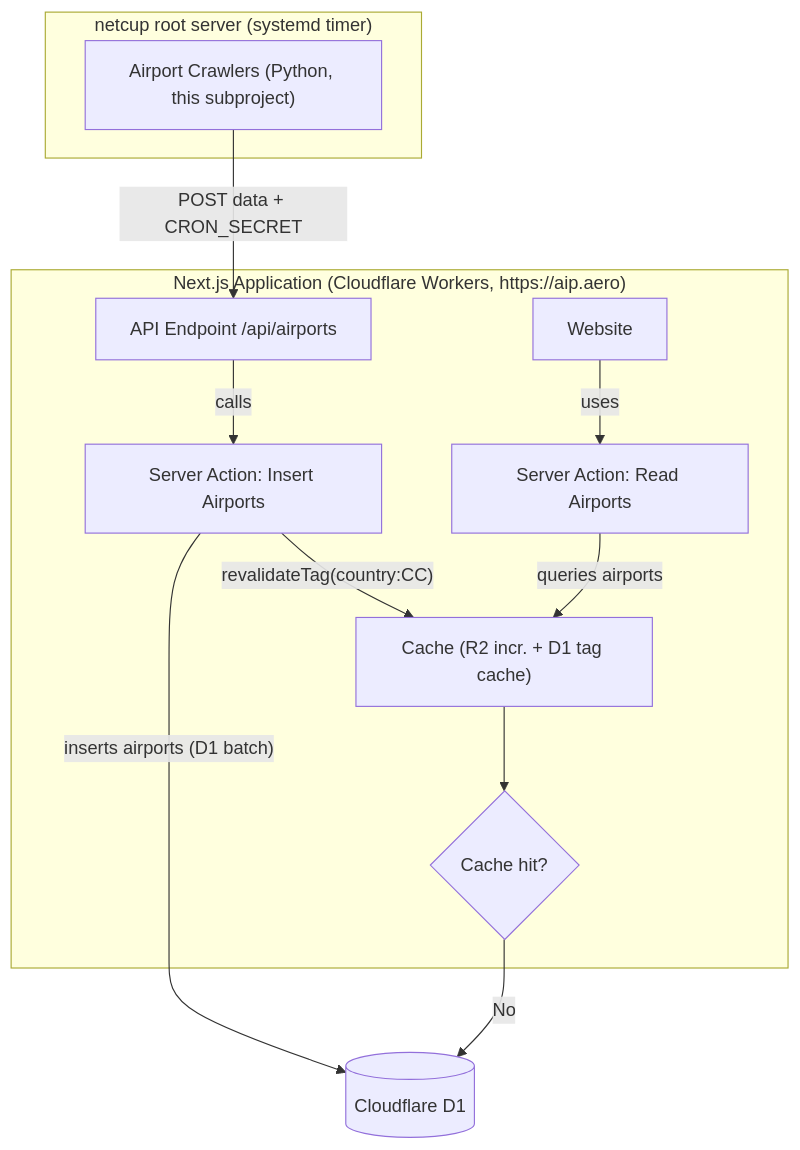
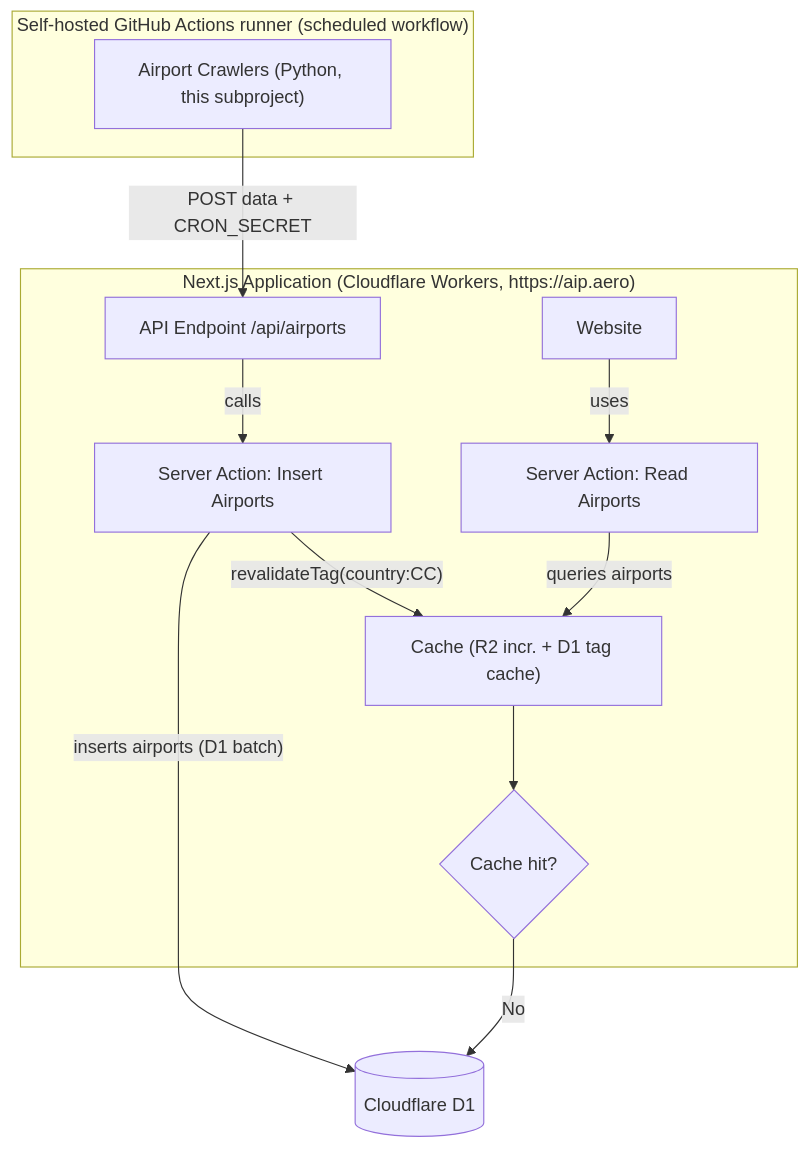
The diagram in crawlers/README.md (alexanderdross/AipAero), drawn with Mermaid before and after one commit. The commit also changed other lines of this file and 4 other files, not shown here.

First line of the commit message:
ci: run crawls via GitHub Actions on the self-hosted runner (retire systemd)

````diff
--- a/crawlers/README.md
+++ b/crawlers/README.md
@@ -183,22 +165,22 @@
 ```mermaid
 flowchart TD
  subgraph subGraph0["Next.js Application (Cloudflare Workers, https://aip.aero)"]
         API["API Endpoint /api/airports"]
         Website["Website"]
         InsertAction["Server Action: Insert Airports"]
         ReadAction["Server Action: Read Airports"]
         Cache["Cache (R2 incr. + D1 tag cache)"]
         IsHit{"Cache hit?"}
   end
- subgraph subGraph1["netcup root server (systemd timer)"]
+ subgraph subGraph1["Self-hosted GitHub Actions runner (scheduled workflow)"]
         Crawlers["Airport Crawlers (Python, this subproject)"]
   end
     Crawlers -- POST data + CRON_SECRET --> API
     API -- calls --> InsertAction
     InsertAction -- inserts airports (D1 batch) --> D1[("Cloudflare D1")]
     InsertAction -- "revalidateTag(country:CC)" --> Cache
     Website -- uses --> ReadAction
     ReadAction -- queries airports --> Cache
     Cache --> IsHit
     IsHit -- No --> D1
 ```
````
